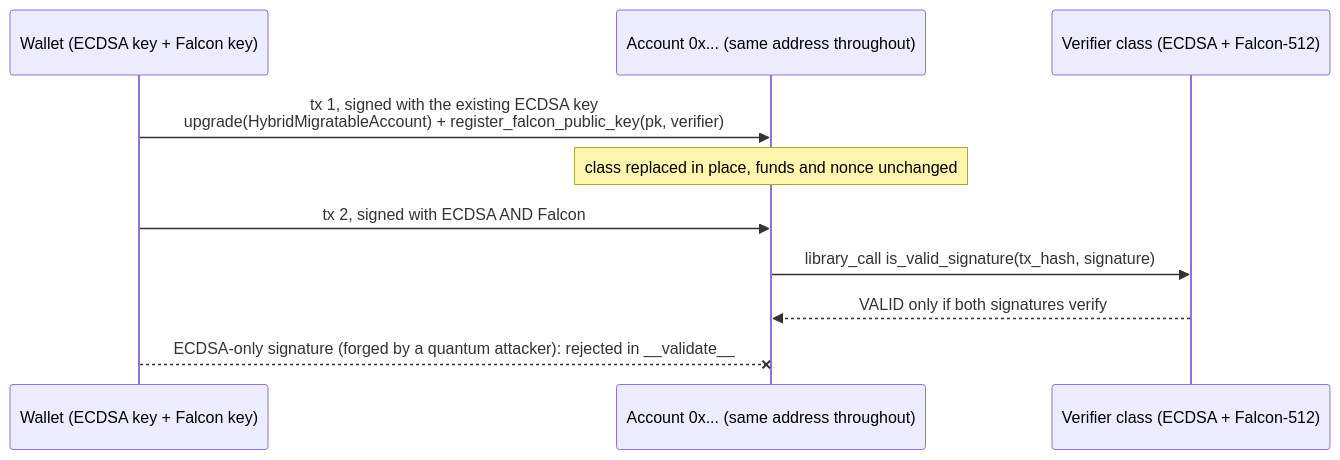
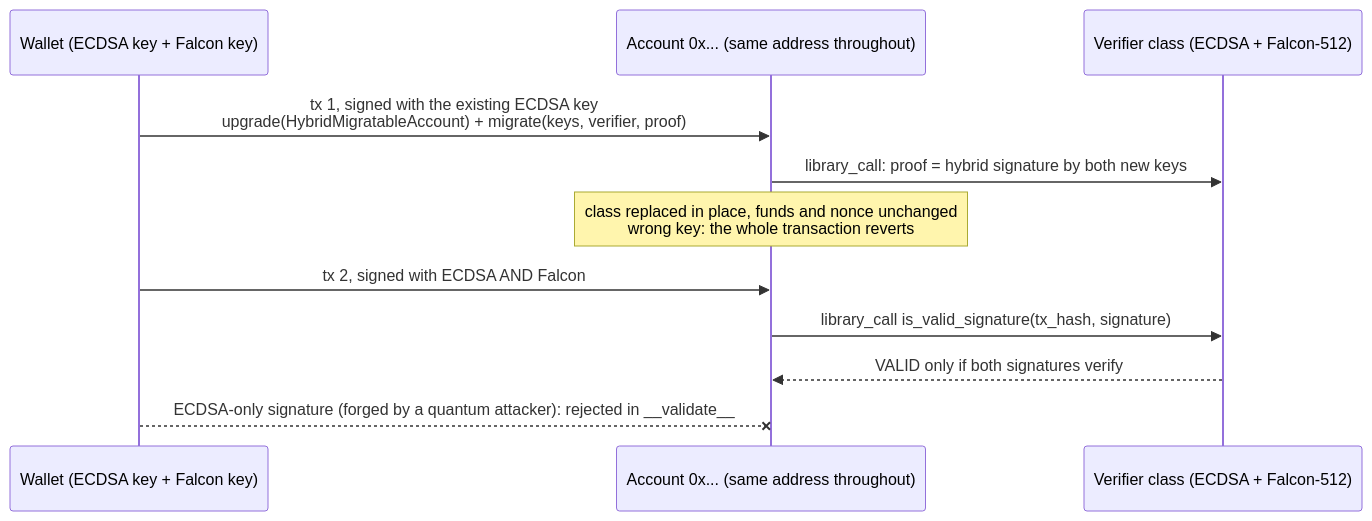
Before and after one commit to 0xjuno/starknet-pq-account: the diagram in README.md, drawn with Mermaid. The commit also changed other lines of this file and 1 other file, not shown here.

First line of the commit message:
Docs: migration diagram follows the kit path

````diff
--- a/README.md
+++ b/README.md
@@ -55,12 +55,13 @@
 ```mermaid
 sequenceDiagram
     participant W as Wallet (ECDSA key + Falcon key)
     participant A as Account 0x... (same address throughout)
     participant V as Verifier class (ECDSA + Falcon-512)
-    W->>A: tx 1, signed with the existing ECDSA key<br/>upgrade(HybridMigratableAccount) + register_falcon_public_key(pk, verifier)
-    Note over A: class replaced in place, funds and nonce unchanged
+    W->>A: tx 1, signed with the existing ECDSA key<br/>upgrade(HybridMigratableAccount) + migrate(keys, verifier, proof)
+    A->>V: library_call: proof = hybrid signature by both new keys
+    Note over A: class replaced in place, funds and nonce unchanged<br/>wrong key: the whole transaction reverts
     W->>A: tx 2, signed with ECDSA AND Falcon
     A->>V: library_call is_valid_signature(tx_hash, signature)
     V-->>A: VALID only if both signatures verify
     W--xA: ECDSA-only signature (forged by a quantum attacker): rejected in __validate__
 ```
````
